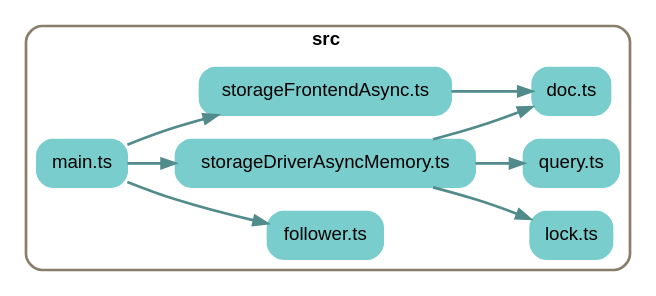
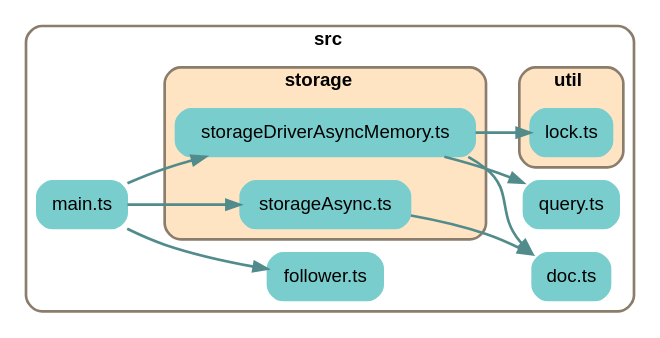
The diagram in depchart/depchart.dot (earthstar-project/earthstar), drawn with Graphviz before and after one commit. The commit also changed 17 other files, not shown here.

Commit message:
rearrange files into folders; finish renaming frontend to just Storage

```diff
--- a/depchart/depchart.dot
+++ b/depchart/depchart.dot
@@ -1,39 +1,57 @@
 
 digraph G {
     //splines=line;
     //splines=polyline;
     splines=true;
     rankdir=LR;
     //newrank=true;
     compound=true;
     graph [fontname = "helvetica"];  // dpi=72
     node [fontname = "helvetica"];
     edge [fontname = "helvetica"];
     
     // files in their folder clusters
 
-    subgraph cluster6288068415 {
+    subgraph cluster5430435735 {
         label=<<b>src</b>>;
         style="rounded";
         color=bisque4;
         penwidth=2;
                 
         "src/doc.ts" [label="doc.ts", shape=rectangle; style="rounded,filled"; color=darkslategray3];
         "src/follower.ts" [label="follower.ts", shape=rectangle; style="rounded,filled"; color=darkslategray3];
-        "src/lock.ts" [label="lock.ts", shape=rectangle; style="rounded,filled"; color=darkslategray3];
         "src/main.ts" [label="main.ts", shape=rectangle; style="rounded,filled"; color=darkslategray3];
         "src/query.ts" [label="query.ts", shape=rectangle; style="rounded,filled"; color=darkslategray3];
-        "src/storageDriverAsyncMemory.ts" [label="storageDriverAsyncMemory.ts", shape=rectangle; style="rounded,filled"; color=darkslategray3];
-        "src/storageFrontendAsync.ts" [label="storageFrontendAsync.ts", shape=rectangle; style="rounded,filled"; color=darkslategray3];
+
+        subgraph cluster2012074250 {
+            label=<<b>storage</b>>;
+            style="rounded,filled";
+            fillcolor=bisque;
+            color=bisque4;
+            penwidth=2;
+                
+            "src/storage/storageAsync.ts" [label="storageAsync.ts", shape=rectangle; style="rounded,filled"; color=darkslategray3];
+            "src/storage/storageDriverAsyncMemory.ts" [label="storageDriverAsyncMemory.ts", shape=rectangle; style="rounded,filled"; color=darkslategray3];
+        }
+
+        subgraph cluster3984700285 {
+            label=<<b>util</b>>;
+            style="rounded,filled";
+            fillcolor=bisque;
+            color=bisque4;
+            penwidth=2;
+                
+            "src/util/lock.ts" [label="lock.ts", shape=rectangle; style="rounded,filled"; color=darkslategray3];
+        }
     }
 
     // edges between files
     "src/main.ts" -> "src/follower.ts" [penwidth=2; color=darkslategray4];
-    "src/main.ts" -> "src/storageDriverAsyncMemory.ts" [penwidth=2; color=darkslategray4];
-    "src/main.ts" -> "src/storageFrontendAsync.ts" [penwidth=2; color=darkslategray4];
-    "src/storageDriverAsyncMemory.ts" -> "src/doc.ts" [penwidth=2; color=darkslategray4];
-    "src/storageDriverAsyncMemory.ts" -> "src/query.ts" [penwidth=2; color=darkslategray4];
-    "src/storageDriverAsyncMemory.ts" -> "src/lock.ts" [penwidth=2; color=darkslategray4];
-    "src/storageFrontendAsync.ts" -> "src/doc.ts" [penwidth=2; color=darkslategray4];
+    "src/main.ts" -> "src/storage/storageDriverAsyncMemory.ts" [penwidth=2; color=darkslategray4];
+    "src/main.ts" -> "src/storage/storageAsync.ts" [penwidth=2; color=darkslategray4];
+    "src/storage/storageAsync.ts" -> "src/doc.ts" [penwidth=2; color=darkslategray4];
+    "src/storage/storageDriverAsyncMemory.ts" -> "src/doc.ts" [penwidth=2; color=darkslategray4];
+    "src/storage/storageDriverAsyncMemory.ts" -> "src/query.ts" [penwidth=2; color=darkslategray4];
+    "src/storage/storageDriverAsyncMemory.ts" -> "src/util/lock.ts" [penwidth=2; color=darkslategray4];
 
 }
```
